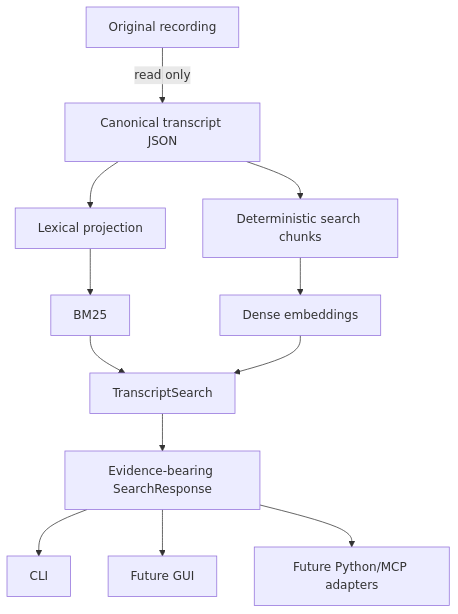
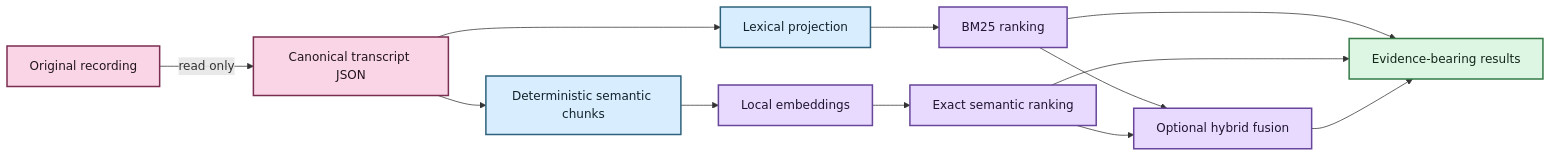
The first of 4 diagrams in docs/architecture/corpus-search.md (SSD1805/EchoFlow), drawn with Mermaid before and after one commit. The commit also changed other lines of this file, not shown here.

Commit message:
docs: give corpus search a human doorway

````diff
--- a/docs/architecture/corpus-search.md
+++ b/docs/architecture/corpus-search.md
@@ -21,14 +27,24 @@
 ```mermaid
-flowchart TD
+flowchart LR
     A[Original recording] -->|read only| B[Canonical transcript JSON]
     B --> C[Lexical projection]
-    B --> D[Deterministic search chunks]
-    C --> E[BM25]
-    D --> F[Dense embeddings]
-    E --> G[TranscriptSearch]
-    F --> G
-    G --> H[Evidence-bearing SearchResponse]
-    H --> I[CLI]
-    H --> J[Future GUI]
-    H --> K[Future Python/MCP adapters]
+    B --> D[Deterministic semantic chunks]
+    C --> E[BM25 ranking]
+    D --> F[Local embeddings]
+    F --> G[Exact semantic ranking]
+    E --> H[Optional hybrid fusion]
+    G --> H
+    E --> I[Evidence-bearing results]
+    G --> I
+    H --> I
+
+    classDef evidence fill:#F9D5E5,stroke:#7B2E52,stroke-width:2px,color:#22151B
+    classDef derived fill:#D8EEFF,stroke:#2E617B,stroke-width:2px,color:#12222A
+    classDef process fill:#E8D9FF,stroke:#68469B,stroke-width:2px,color:#1F1630
+    classDef result fill:#DDF5E3,stroke:#347A46,stroke-width:2px,color:#142719
+
+    class A,B evidence
+    class C,D derived
+    class E,F,G,H process
+    class I result
 ```
````
